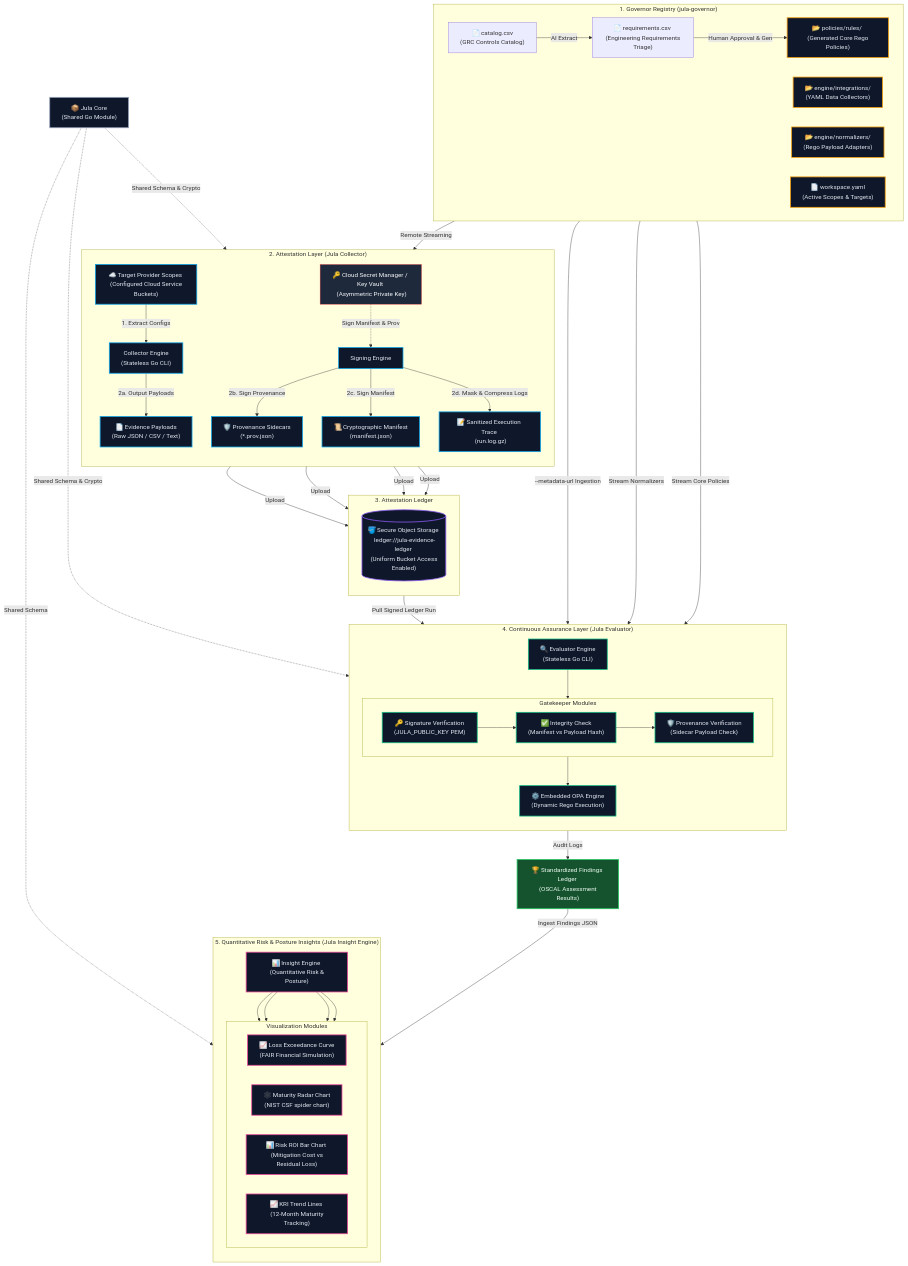
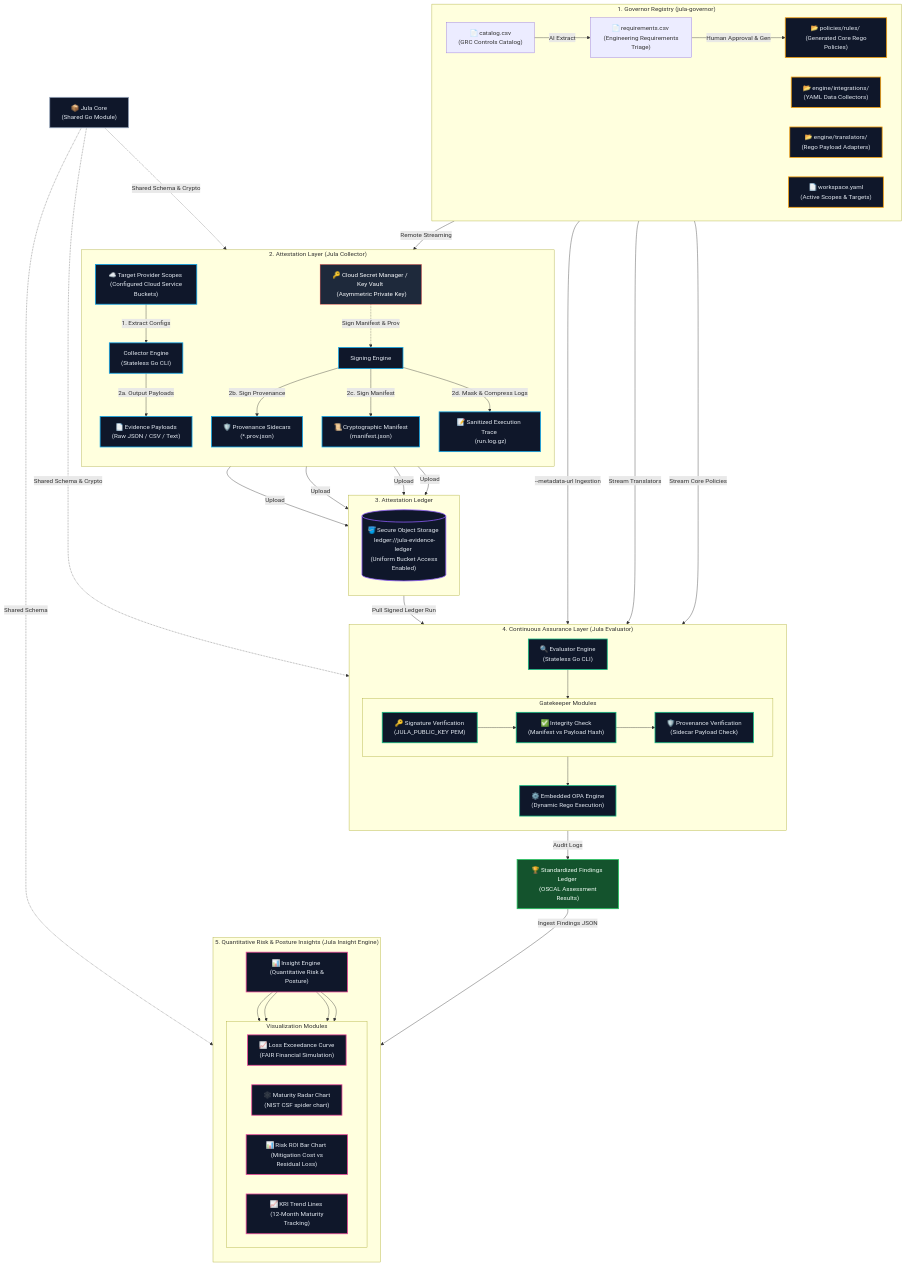
Before and after one commit to alibkaba/jula: the diagram in README.md, drawn with Mermaid. The commit also changed other lines of this file and 3 other files, not shown here.

```diff
--- a/README.md
+++ b/README.md
@@ -62,7 +62,7 @@
         Cat["📄 catalog.csv <br> (GRC Controls Catalog)"] -->|AI Extract| Req["📄 requirements.csv <br> (Engineering Requirements Triage)"]
         Req -->|Human Approval & Gen| PR_Pol["📂 policies/rules/ <br> (Generated Core Rego Policies)"]
         PR_Int["📂 engine/integrations/ <br> (YAML Data Collectors)"]
-        PR_Norm["📂 engine/normalizers/ <br> (Rego Payload Adapters)"]
+        PR_Norm["📂 engine/translators/ <br> (Rego Payload Adapters)"]
         Meta["📄 workspace.yaml <br> (Active Scopes & Targets)"]
     end
 
@@ -132,7 +132,7 @@
     %% Governor injections
     PR_Int -->|Remote Streaming| JIE
     Meta -->|--metadata-url Ingestion| EE
-    PR_Norm -->|Stream Normalizers| OPA
+    PR_Norm -->|Stream Translators| OPA
     PR_Pol -->|Stream Core Policies| OPA
 
     %% Execution flow
```
